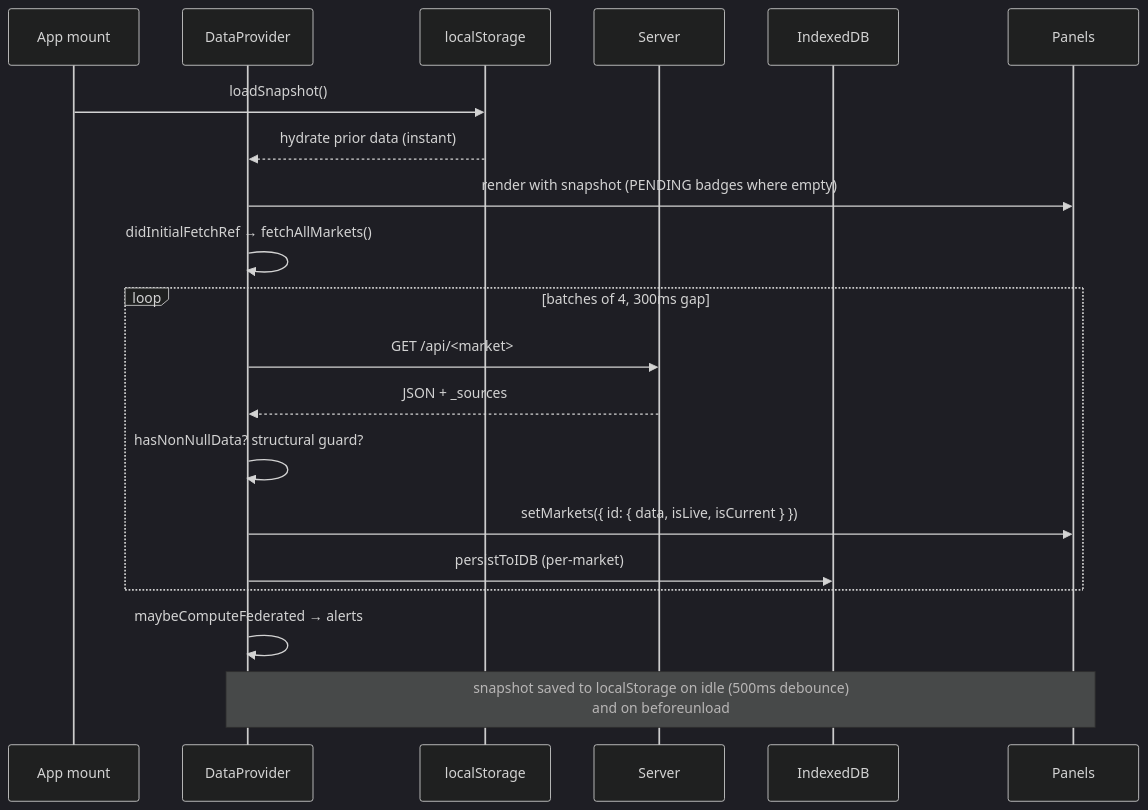
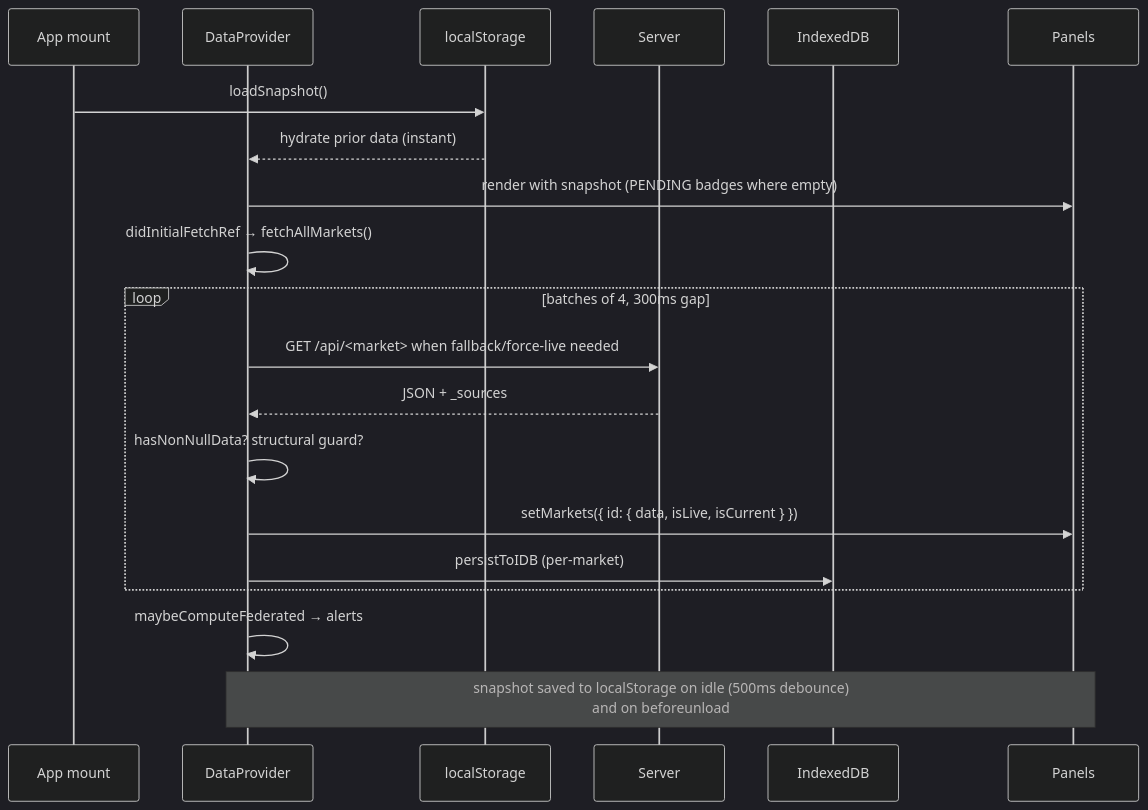
The third of 4 diagrams in docs/DATA_PIPELINE.md (kevinkicho/kyahoofinance032926), drawn with Mermaid (dark theme) before and after one commit. The commit also changed other lines of this file and 16 other files, not shown here.

````diff
--- a/docs/DATA_PIPELINE.md
+++ b/docs/DATA_PIPELINE.md
@@ -195,23 +197,23 @@
 ```mermaid
 sequenceDiagram
     participant Mount as App mount
     participant DP as DataProvider
     participant LS as localStorage
     participant API as Server
     participant IDB as IndexedDB
     participant UI as Panels
 
     Mount->>LS: loadSnapshot()
     LS-->>DP: hydrate prior data (instant)
     DP->>UI: render with snapshot (PENDING badges where empty)
     DP->>DP: didInitialFetchRef → fetchAllMarkets()
     loop batches of 4, 300ms gap
-        DP->>API: GET /api/<market>
+        DP->>API: GET /api/<market> when fallback/force-live needed
         API-->>DP: JSON + _sources
         DP->>DP: hasNonNullData? structural guard?
         DP->>UI: setMarkets({ id: { data, isLive, isCurrent } })
         DP->>IDB: persistToIDB (per-market)
     end
     DP->>DP: maybeComputeFederated → alerts
     Note over DP,UI: snapshot saved to localStorage on idle (500ms debounce)<br/>and on beforeunload
 ```
````
